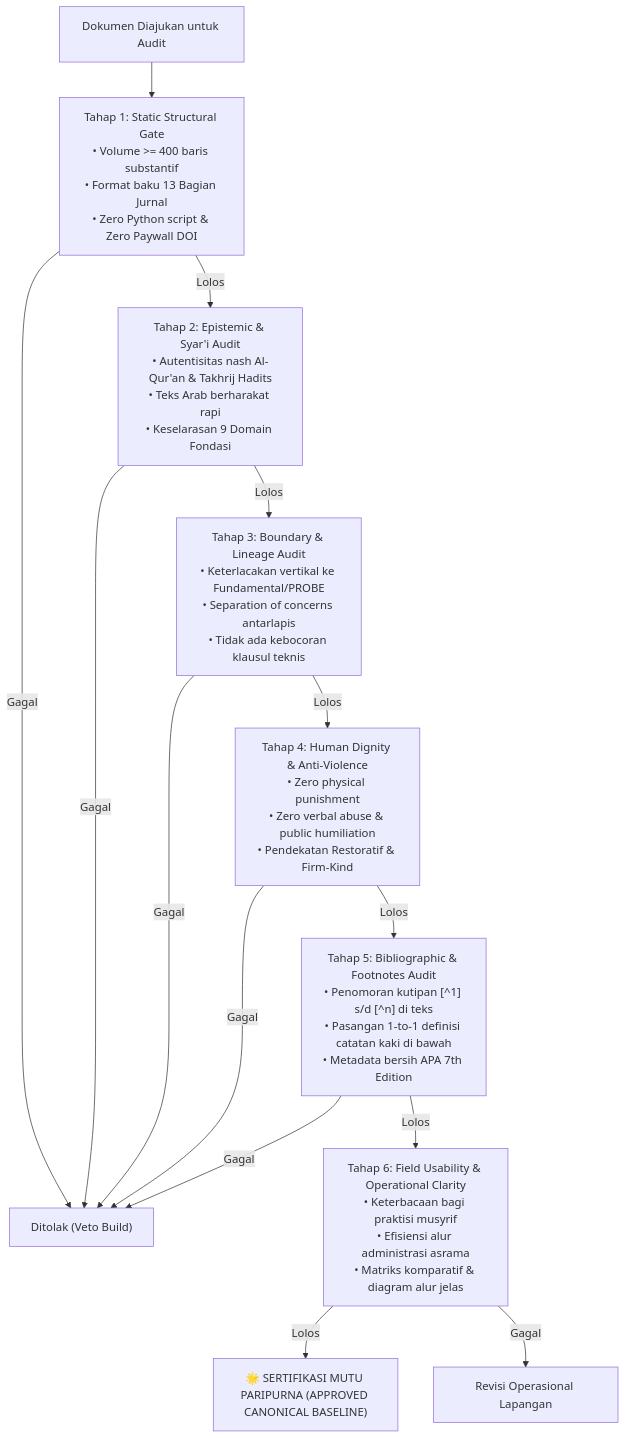
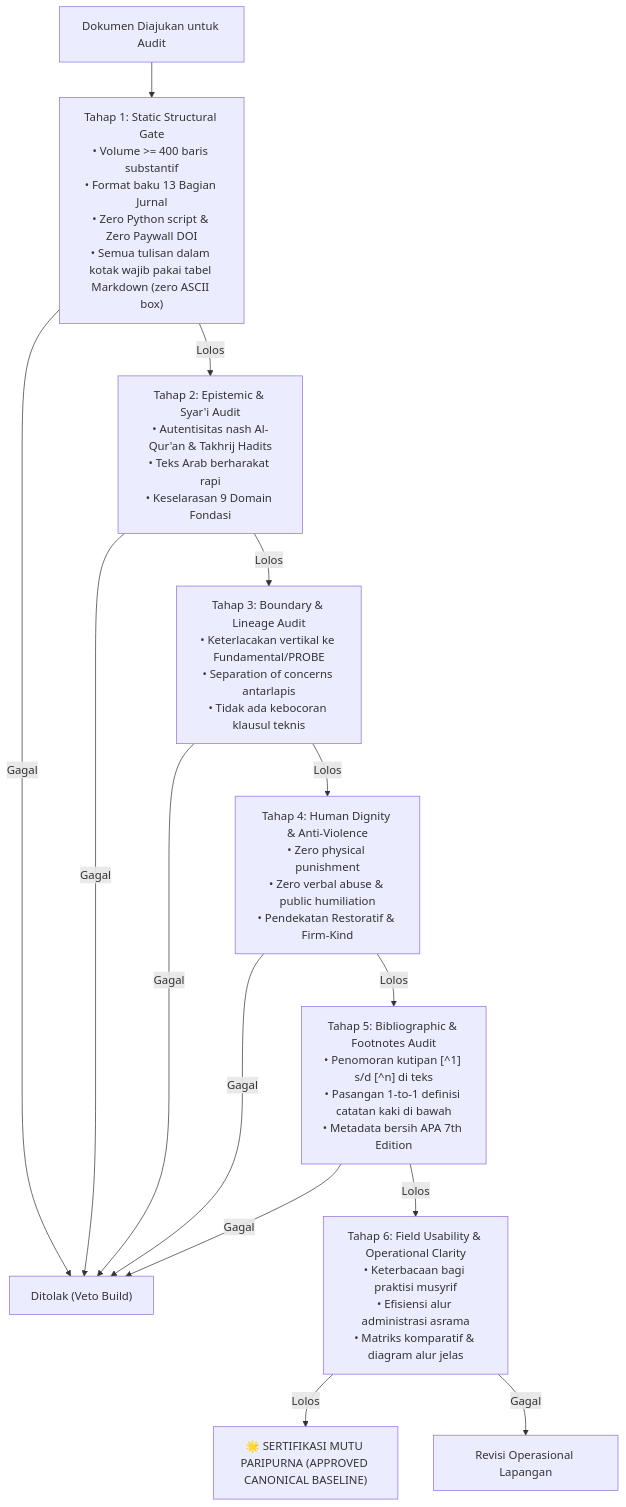
The diagram in .agents/skills/pakar-kritikus-dan-auditor-kualitas/SKILL.md (wandiapriliyandi/tumbuh), drawn with Mermaid before and after one commit. The commit also changed other lines of this file and 21 other files, not shown here.

Commit message:
refactor(probe): standardisasi format tabel markdown dan eliminasi kotak karakter ASCII pada P00000-P00022 serta pembaruan skill

````diff
--- a/.agents/skills/pakar-kritikus-dan-auditor-kualitas/SKILL.md
+++ b/.agents/skills/pakar-kritikus-dan-auditor-kualitas/SKILL.md
@@ -56,21 +58,21 @@
 ```mermaid
 flowchart TD
-    Start["Dokumen Diajukan untuk Audit"] --> T1["Tahap 1: Static Structural Gate<br/>• Volume >= 400 baris substantif<br/>• Format baku 13 Bagian Jurnal<br/>• Zero Python script & Zero Paywall DOI"]
+    Start["Dokumen Diajukan untuk Audit"] --> T1["Tahap 1: Static Structural Gate<br/>• Volume >= 400 baris substantif<br/>• Format baku 13 Bagian Jurnal<br/>• Zero Python script & Zero Paywall DOI<br/>• Semua tulisan dalam kotak wajib pakai tabel Markdown (zero ASCII box)"]
     T1 -->|Lolos| T2["Tahap 2: Epistemic & Syar'i Audit<br/>• Autentisitas nash Al-Qur'an & Takhrij Hadits<br/>• Teks Arab berharakat rapi<br/>• Keselarasan 9 Domain Fondasi"]
     T1 -->|Gagal| Reject["Ditolak (Veto Build)"]
     
     T2 -->|Lolos| T3["Tahap 3: Boundary & Lineage Audit<br/>• Keterlacakan vertikal ke Fundamental/PROBE<br/>• Separation of concerns antarlapis<br/>• Tidak ada kebocoran klausul teknis"]
     T2 -->|Gagal| Reject
     
     T3 -->|Lolos| T4["Tahap 4: Human Dignity & Anti-Violence<br/>• Zero physical punishment<br/>• Zero verbal abuse & public humiliation<br/>• Pendekatan Restoratif & Firm-Kind"]
     T3 -->|Gagal| Reject
     
     T4 -->|Lolos| T5["Tahap 5: Bibliographic & Footnotes Audit<br/>• Penomoran kutipan [^1] s/d [^n] di teks<br/>• Pasangan 1-to-1 definisi catatan kaki di bawah<br/>• Metadata bersih APA 7th Edition"]
     T4 -->|Gagal| Reject
     
     T5 -->|Lolos| T6["Tahap 6: Field Usability & Operational Clarity<br/>• Keterbacaan bagi praktisi musyrif<br/>• Efisiensi alur administrasi asrama<br/>• Matriks komparatif & diagram alur jelas"]
     T5 -->|Gagal| Reject
     
     T6 -->|Lolos| Certified["🌟 SERTIFIKASI MUTU PARIPURNA (APPROVED CANONICAL BASELINE)"]
     T6 -->|Gagal| Revise["Revisi Operasional Lapangan"]
 ```
````
